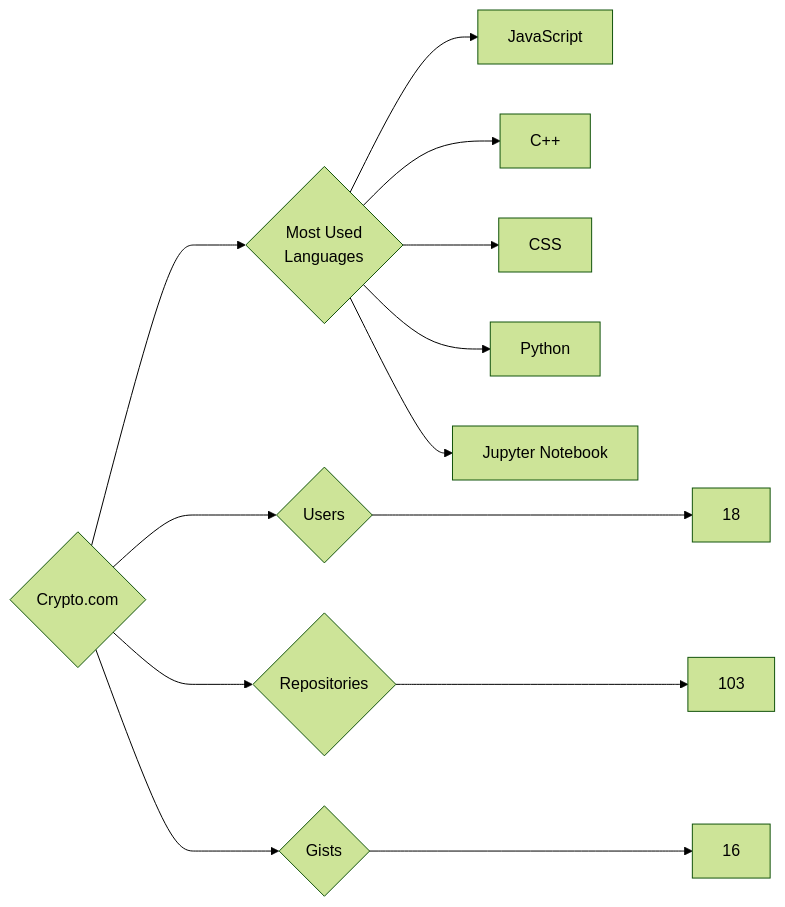
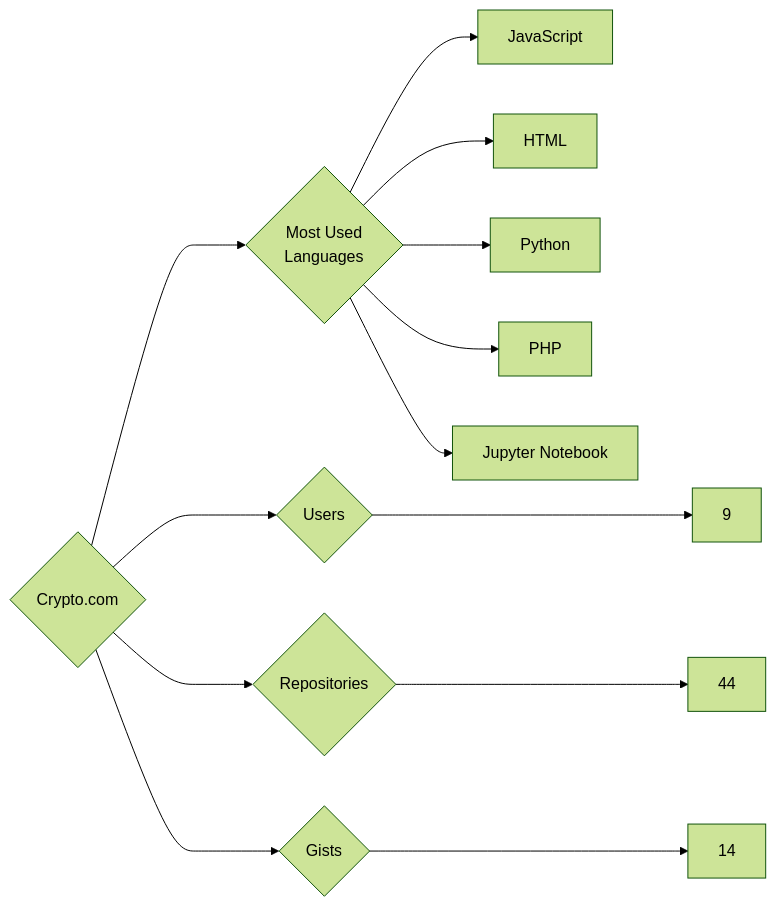
The diagram in targets/Crypto.com/README.md (trickest/insiders), drawn with Mermaid (forest theme) before and after one commit. The commit also changed 925 other files, not shown here.

````diff
--- a/targets/Crypto.com/README.md
+++ b/targets/Crypto.com/README.md
@@ -3,13 +3,13 @@
 ```mermaid
 graph LR
 COMPANY_NAME{Crypto.com}
-COMPANY_NAME ---> U{Users} ---> UN[18]
-COMPANY_NAME ---> R{Repositories} ---> RN[103]
-COMPANY_NAME ---> G{Gists} ---> GN[16]
+COMPANY_NAME ---> U{Users} ---> UN[9]
+COMPANY_NAME ---> R{Repositories} ---> RN[44]
+COMPANY_NAME ---> G{Gists} ---> GN[14]
 COMPANY_NAME ---> ML{Most Used<br>Languages}
 ML --> JavaScript[JavaScript]
-ML --> C++[C++]
-ML --> CSS[CSS]
+ML --> HTML[HTML]
 ML --> Python[Python]
+ML --> PHP[PHP]
 ML --> Jupyter_Notebook[Jupyter Notebook]
 ```
````
